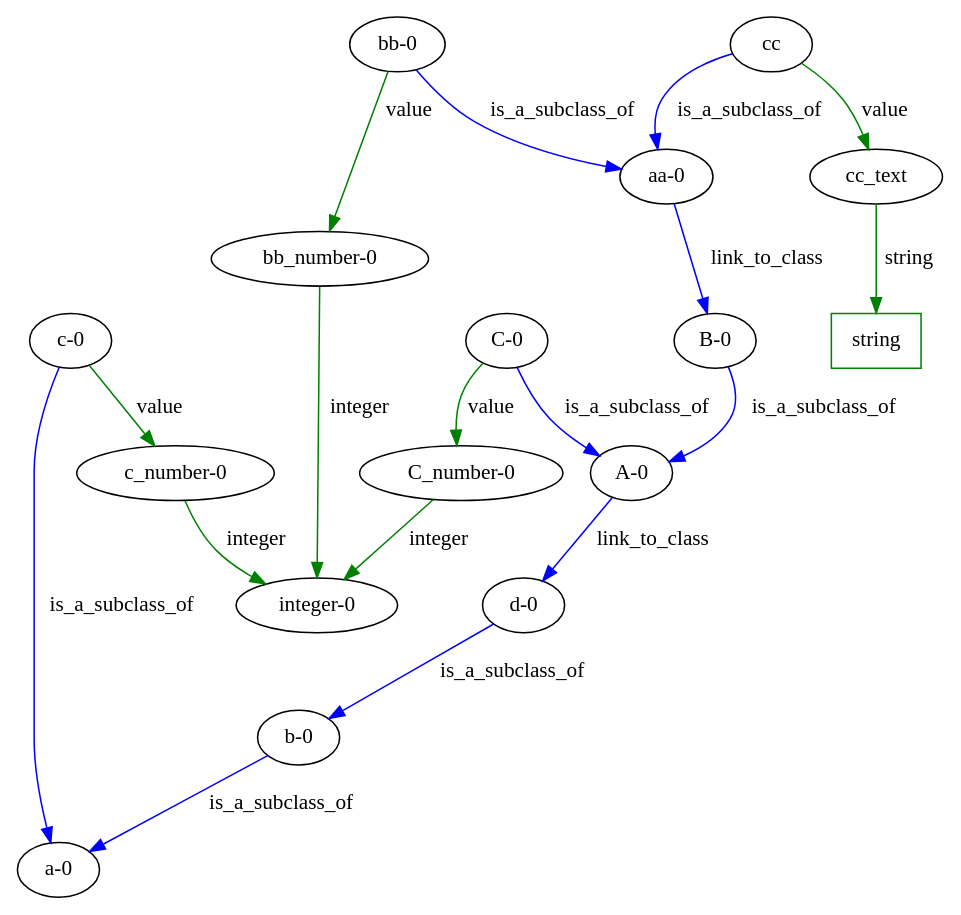
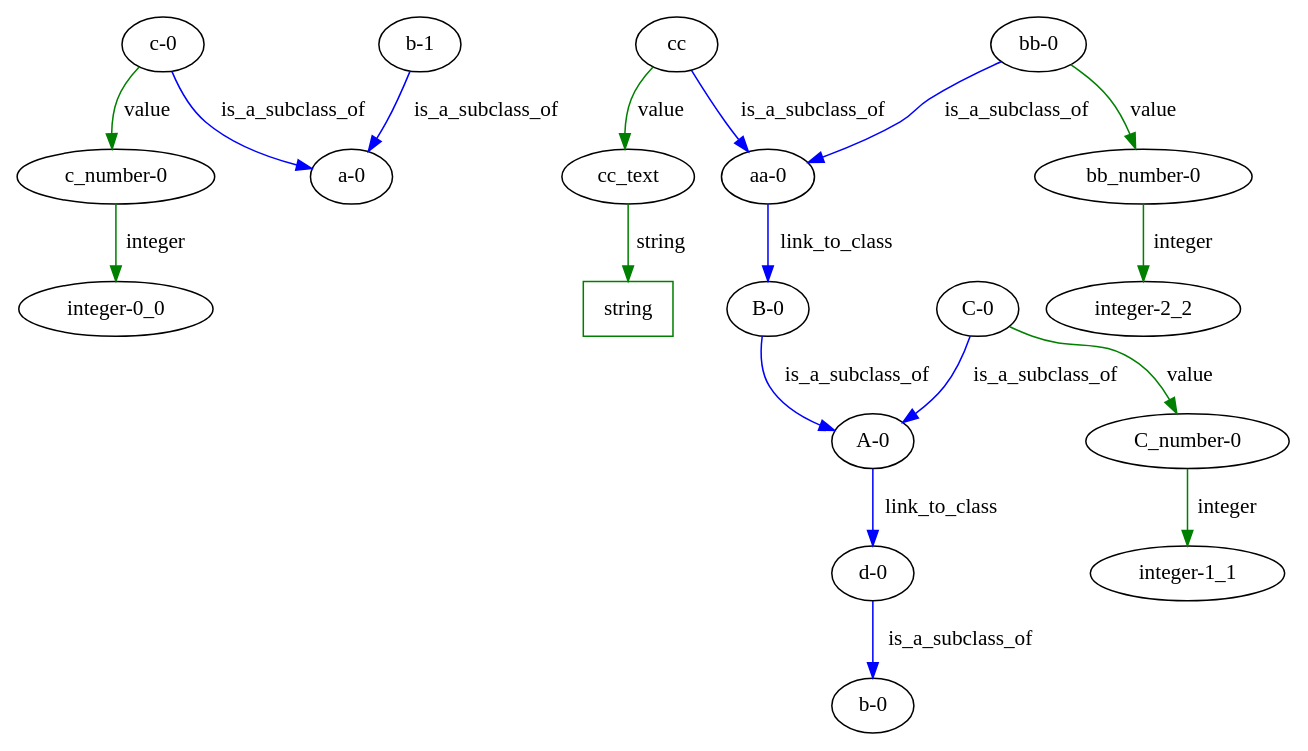
Before and after one commit to heinz-preisig/PeriConto: the diagram in ontologyRepository/Digraph.gv, drawn with Graphviz. The commit also changed 3 other files, not shown here.

```diff
--- a/ontologyRepository/Digraph.gv
+++ b/ontologyRepository/Digraph.gv
@@ -1,53 +1,53 @@
 digraph {
+	"c-0"
+	"c_number-0"
+	"c-0" -> "c_number-0" [label=value color=green]
+	string [color=green shape=rectangle]
+	string
+	cc_text -> string [label=string color=green]
+	"d-0"
+	"b-0"
+	"d-0" -> "b-0" [label=is_a_subclass_of color=blue]
+	"c-0"
+	"a-0"
+	"c-0" -> "a-0" [label=is_a_subclass_of color=blue]
+	"A-0"
+	"d-0"
+	"A-0" -> "d-0" [label=link_to_class color=blue]
+	"c_number-0"
+	"integer-0_0"
+	"c_number-0" -> "integer-0_0" [label=integer color=green]
+	"b-1"
+	"a-0"
+	"b-1" -> "a-0" [label=is_a_subclass_of color=blue]
+	"B-0"
+	"A-0"
+	"B-0" -> "A-0" [label=is_a_subclass_of color=blue]
+	"aa-0"
+	"B-0"
+	"aa-0" -> "B-0" [label=link_to_class color=blue]
+	"bb-0"
+	"bb_number-0"
+	"bb-0" -> "bb_number-0" [label=value color=green]
+	"C_number-0"
+	"integer-1_1"
+	"C_number-0" -> "integer-1_1" [label=integer color=green]
+	cc
+	"aa-0"
+	cc -> "aa-0" [label=is_a_subclass_of color=blue]
 	"bb-0"
 	"aa-0"
 	"bb-0" -> "aa-0" [label=is_a_subclass_of color=blue]
-	"A-0"
-	"d-0"
-	"A-0" -> "d-0" [label=link_to_class color=blue]
+	"C-0"
+	"C_number-0"
+	"C-0" -> "C_number-0" [label=value color=green]
 	cc
 	cc_text
 	cc -> cc_text [label=value color=green]
-	string [color=green shape=rectangle]
-	string
-	cc_text -> string [label=string color=green]
 	"C-0"
 	"A-0"
 	"C-0" -> "A-0" [label=is_a_subclass_of color=blue]
-	"c-0"
-	"a-0"
-	"c-0" -> "a-0" [label=is_a_subclass_of color=blue]
 	"bb_number-0"
-	"integer-0"
-	"bb_number-0" -> "integer-0" [label=integer color=green]
-	"b-0"
-	"a-0"
-	"b-0" -> "a-0" [label=is_a_subclass_of color=blue]
-	"C_number-0"
-	"integer-0"
-	"C_number-0" -> "integer-0" [label=integer color=green]
-	"B-0"
-	"A-0"
-	"B-0" -> "A-0" [label=is_a_subclass_of color=blue]
-	"bb-0"
-	"bb_number-0"
-	"bb-0" -> "bb_number-0" [label=value color=green]
-	cc
-	"aa-0"
-	cc -> "aa-0" [label=is_a_subclass_of color=blue]
-	"c-0"
-	"c_number-0"
-	"c-0" -> "c_number-0" [label=value color=green]
-	"c_number-0"
-	"integer-0"
-	"c_number-0" -> "integer-0" [label=integer color=green]
-	"aa-0"
-	"B-0"
-	"aa-0" -> "B-0" [label=link_to_class color=blue]
-	"d-0"
-	"b-0"
-	"d-0" -> "b-0" [label=is_a_subclass_of color=blue]
-	"C-0"
-	"C_number-0"
-	"C-0" -> "C_number-0" [label=value color=green]
+	"integer-2_2"
+	"bb_number-0" -> "integer-2_2" [label=integer color=green]
 }
```
